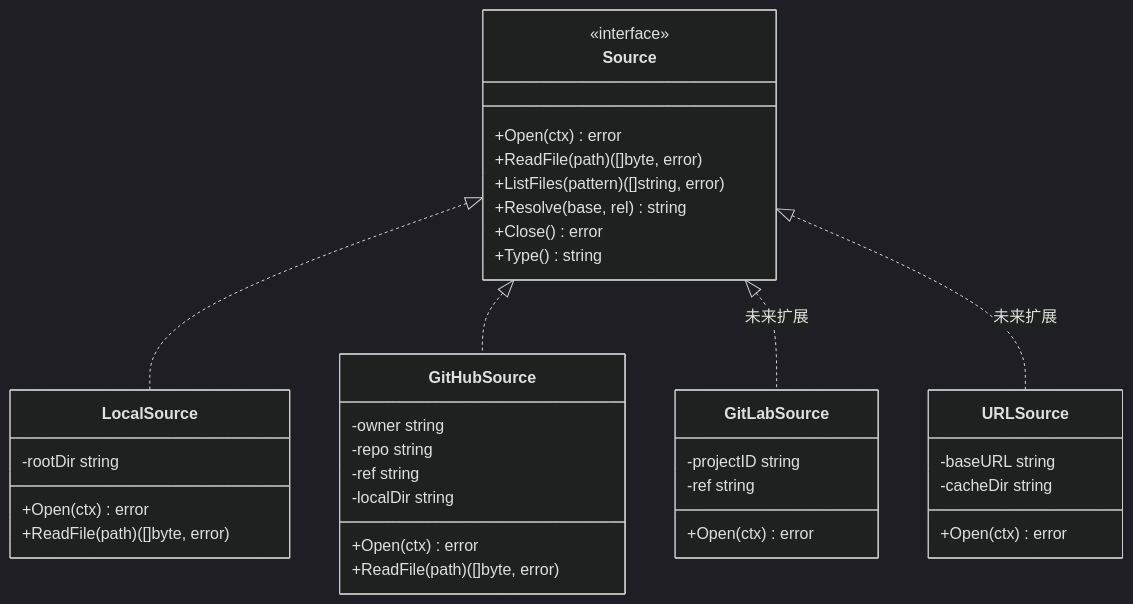
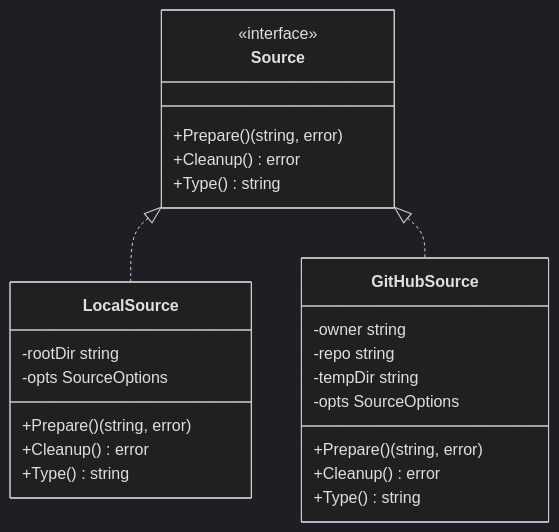
One commit to yeasy/mdPress changed the fourth of 6 diagrams in docs/ARCHITECTURE_zh.md. Above: the diagram before and after it, drawn with Mermaid (dark theme). The commit also changed other lines of this file and 44 other files, not shown here.

````diff
--- a/docs/ARCHITECTURE_zh.md
+++ b/docs/ARCHITECTURE_zh.md
@@ -485,44 +477,30 @@
 ```mermaid
 classDiagram
     class Source {
         <<interface>>
-        +Open(ctx) error
-        +ReadFile(path) ([]byte, error)
-        +ListFiles(pattern) ([]string, error)
-        +Resolve(base, rel) string
-        +Close() error
+        +Prepare() (string, error)
+        +Cleanup() error
         +Type() string
     }
 
     class LocalSource {
         -rootDir string
-        +Open(ctx) error
-        +ReadFile(path) ([]byte, error)
+        -opts SourceOptions
+        +Prepare() (string, error)
+        +Cleanup() error
+        +Type() string
     }
 
     class GitHubSource {
         -owner string
         -repo string
-        -ref string
-        -localDir string
-        +Open(ctx) error
-        +ReadFile(path) ([]byte, error)
-    }
-
-    class GitLabSource {
-        -projectID string
-        -ref string
-        +Open(ctx) error
-    }
-
-    class URLSource {
-        -baseURL string
-        -cacheDir string
-        +Open(ctx) error
+        -tempDir string
+        -opts SourceOptions
+        +Prepare() (string, error)
+        +Cleanup() error
+        +Type() string
     }
 
     Source <|.. LocalSource
     Source <|.. GitHubSource
-    Source <|.. GitLabSource : 未来扩展
-    Source <|.. URLSource : 未来扩展
 ```
````
